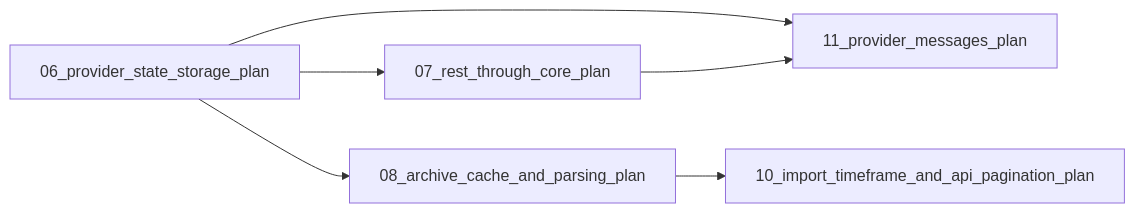
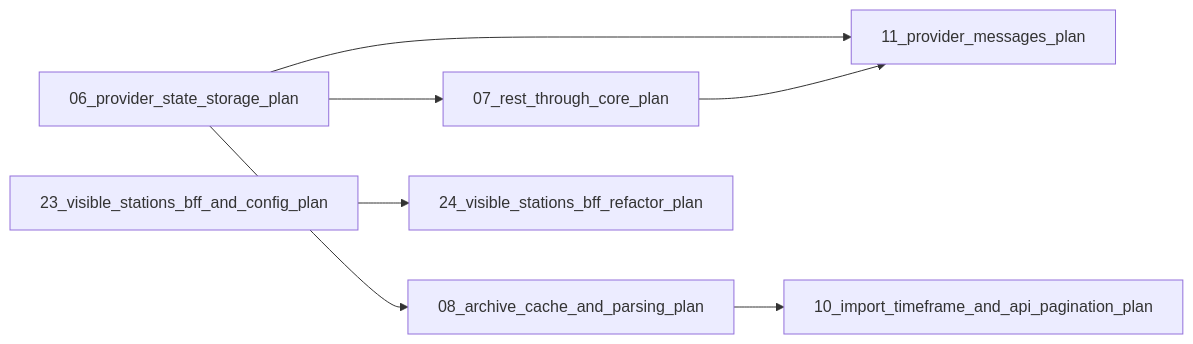
One commit to xy8000/bike_counter changed the diagram in plans/README.md. Above: the diagram before and after it, drawn with Mermaid. The commit also changed other lines of this file and 39 other files, not shown here.

````diff
--- a/plans/README.md
+++ b/plans/README.md
@@ -52,10 +57,11 @@
 ```mermaid
 flowchart LR
     A[06_provider_state_storage_plan] --> B[07_rest_through_core_plan]
     A --> C[08_archive_cache_and_parsing_plan]
     A --> F[11_provider_messages_plan]
     B[07_rest_through_core_plan]
     B --> F
     C[08_archive_cache_and_parsing_plan] --> D[10_import_timeframe_and_api_pagination_plan]
     F[11_provider_messages_plan]
+    X[23_visible_stations_bff_and_config_plan] --> Y[24_visible_stations_bff_refactor_plan]
 ```
````
